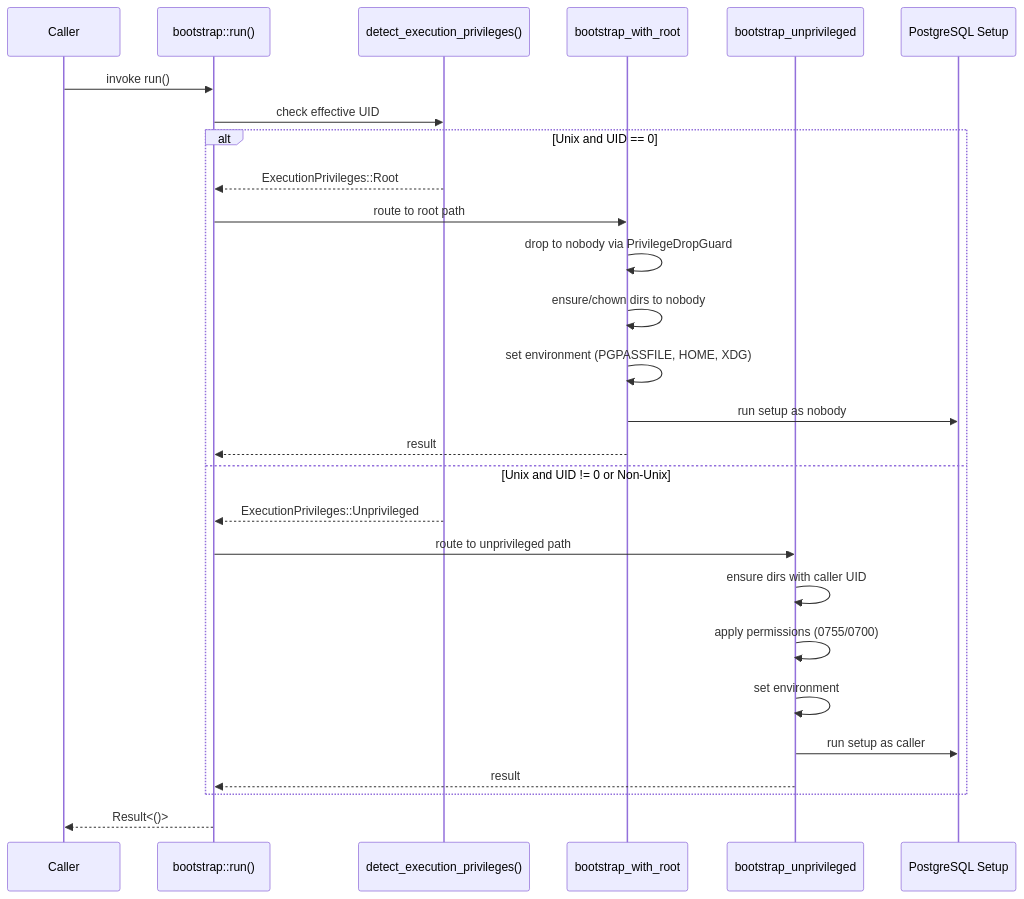
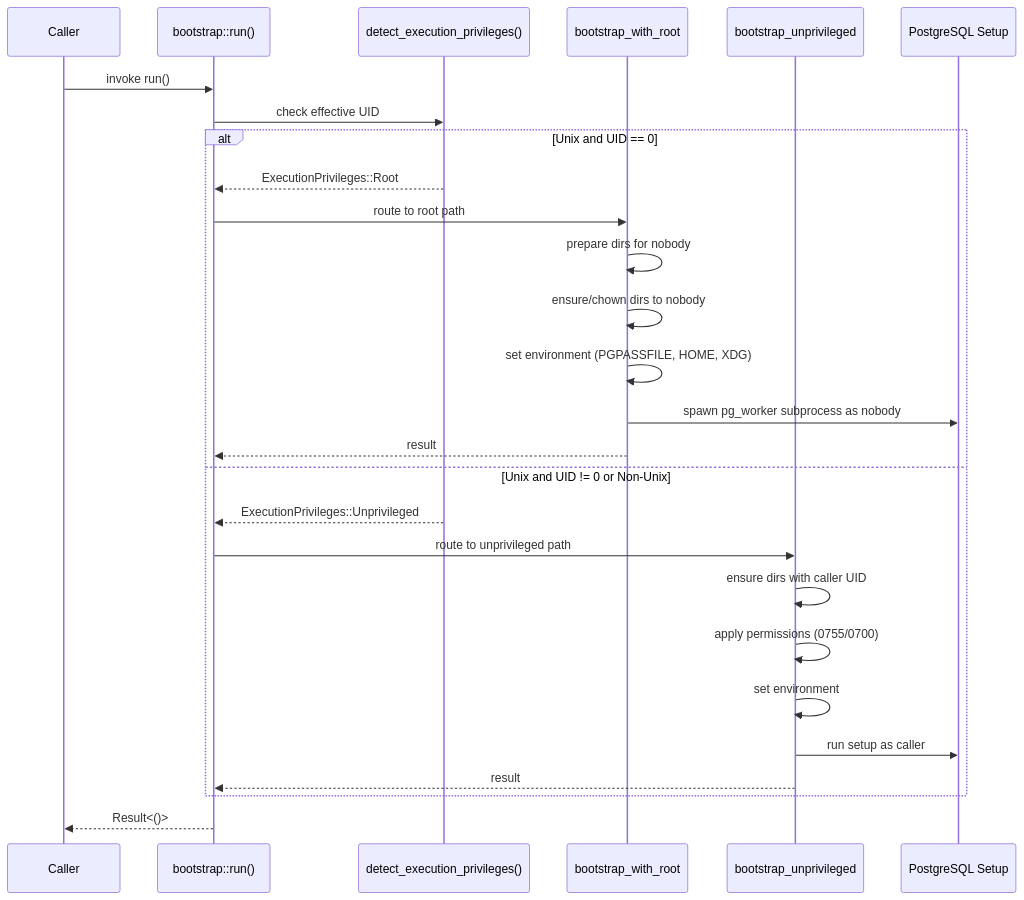
One commit to leynos/pg-embedded-setup-unpriv changed the diagram in docs/zero-config-raii-postgres-test-fixture-design.md. Above: the diagram before and after it, drawn with Mermaid. The commit also changed other lines of this file and 37 other files, not shown here.

````diff
--- a/docs/zero-config-raii-postgres-test-fixture-design.md
+++ b/docs/zero-config-raii-postgres-test-fixture-design.md
@@ -53,30 +58,30 @@
 ```mermaid
 sequenceDiagram
     participant Caller
     participant Bootstrap as bootstrap::run()
     participant Detect as detect_execution_privileges()
     participant RootPath as bootstrap_with_root
     participant UnprivPath as bootstrap_unprivileged
     participant PG as PostgreSQL Setup
 
     Caller->>Bootstrap: invoke run()
     Bootstrap->>Detect: check effective UID
     alt Unix and UID == 0
         Detect-->>Bootstrap: ExecutionPrivileges::Root
         Bootstrap->>RootPath: route to root path
-        RootPath->>RootPath: drop to nobody via PrivilegeDropGuard
+        RootPath->>RootPath: prepare dirs for nobody
         RootPath->>RootPath: ensure/chown dirs to nobody
         RootPath->>RootPath: set environment (PGPASSFILE, HOME, XDG)
-        RootPath->>PG: run setup as nobody
+        RootPath->>PG: spawn pg_worker subprocess as nobody
         RootPath-->>Bootstrap: result
     else Unix and UID != 0 or Non-Unix
         Detect-->>Bootstrap: ExecutionPrivileges::Unprivileged
         Bootstrap->>UnprivPath: route to unprivileged path
         UnprivPath->>UnprivPath: ensure dirs with caller UID
         UnprivPath->>UnprivPath: apply permissions (0755/0700)
         UnprivPath->>UnprivPath: set environment
         UnprivPath->>PG: run setup as caller
         UnprivPath-->>Bootstrap: result
     end
     Bootstrap-->>Caller: Result<()>
 ```
````
